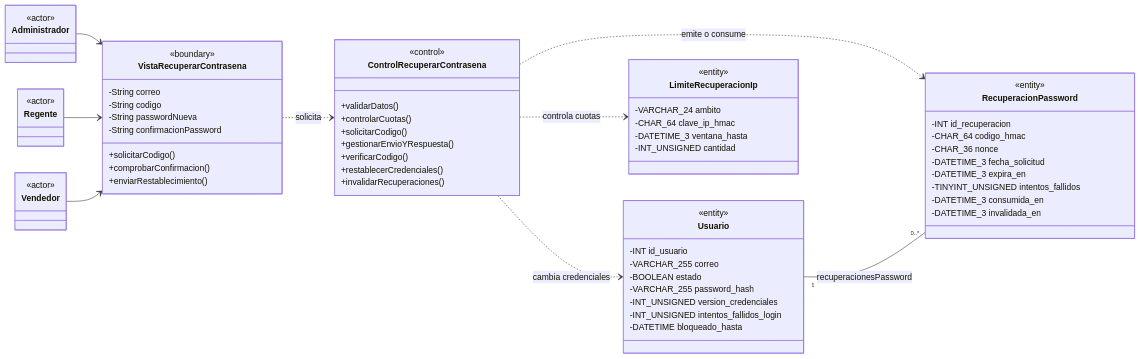
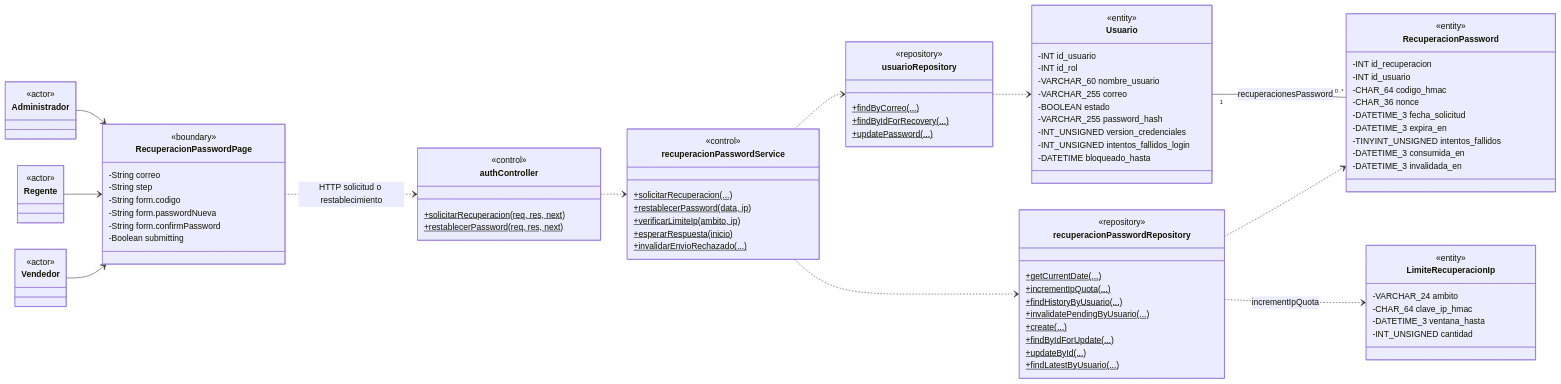
One commit to CreepyBowDev/cadefar-inventory-system changed the tenth of 34 diagrams in docs/ai/analisis-clases-academico.md. Above: the diagram before and after it, drawn with Mermaid. The commit also changed other lines of this file, not shown here.

````diff
--- a/docs/ai/analisis-clases-academico.md
+++ b/docs/ai/analisis-clases-academico.md
@@ -724,29 +1017,50 @@
     class Administrador { <<actor>> }
     class Regente { <<actor>> }
     class Vendedor { <<actor>> }
-    class VistaRecuperarContrasena {
+    class RecuperacionPasswordPage {
         <<boundary>>
         -String correo
-        -String codigo
-        -String passwordNueva
-        -String confirmacionPassword
-        +solicitarCodigo()
-        +comprobarConfirmacion()
-        +enviarRestablecimiento()
+        -String step
+        -String form.codigo
+        -String form.passwordNueva
+        -String form.confirmPassword
+        -Boolean submitting
     }
-    class ControlRecuperarContrasena {
+    class authController {
         <<control>>
-        +validarDatos()
-        +controlarCuotas()
-        +solicitarCodigo()
-        +gestionarEnvioYRespuesta()
-        +verificarCodigo()
-        +restablecerCredenciales()
-        +invalidarRecuperaciones()
+        +solicitarRecuperacion(req, res, next)$
+        +restablecerPassword(req, res, next)$
+    }
+    class recuperacionPasswordService {
+        <<control>>
+        +solicitarRecuperacion(...)$
+        +restablecerPassword(data, ip)$
+        +verificarLimiteIp(ambito, ip)$
+        +esperarRespuesta(inicio)$
+        +invalidarEnvioRechazado(...)$
+    }
+    class usuarioRepository {
+        <<repository>>
+        +findByCorreo(...)$
+        +findByIdForRecovery(...)$
+        +updatePassword(...)$
+    }
+    class recuperacionPasswordRepository {
+        <<repository>>
+        +getCurrentDate(...)$
+        +incrementIpQuota(...)$
+        +findHistoryByUsuario(...)$
+        +invalidatePendingByUsuario(...)$
+        +create(...)$
+        +findByIdForUpdate(...)$
+        +updateById(...)$
+        +findLatestByUsuario(...)$
     }
     class Usuario {
         <<entity>>
         -INT id_usuario
+        -INT id_rol
+        -VARCHAR_60 nombre_usuario
         -VARCHAR_255 correo
         -BOOLEAN estado
         -VARCHAR_255 password_hash
@@ -757,6 +1071,7 @@
     class RecuperacionPassword {
         <<entity>>
         -INT id_recuperacion
+        -INT id_usuario
         -CHAR_64 codigo_hmac
         -CHAR_36 nonce
         -DATETIME_3 fecha_solicitud
@@ -772,12 +1087,15 @@
         -DATETIME_3 ventana_hasta
         -INT_UNSIGNED cantidad
     }
-    Administrador --> VistaRecuperarContrasena
-    Regente --> VistaRecuperarContrasena
-    Vendedor --> VistaRecuperarContrasena
-    VistaRecuperarContrasena ..> ControlRecuperarContrasena : solicita
-    ControlRecuperarContrasena ..> Usuario : cambia credenciales
-    ControlRecuperarContrasena ..> RecuperacionPassword : emite o consume
-    ControlRecuperarContrasena ..> LimiteRecuperacionIp : controla cuotas
+    Administrador --> RecuperacionPasswordPage
+    Regente --> RecuperacionPasswordPage
+    Vendedor --> RecuperacionPasswordPage
+    RecuperacionPasswordPage ..> authController : HTTP solicitud o restablecimiento
+    authController ..> recuperacionPasswordService
+    recuperacionPasswordService ..> usuarioRepository
+    recuperacionPasswordService ..> recuperacionPasswordRepository
+    usuarioRepository ..> Usuario
+    recuperacionPasswordRepository ..> RecuperacionPassword
+    recuperacionPasswordRepository ..> LimiteRecuperacionIp : incrementIpQuota
     Usuario "1" -- "0..*" RecuperacionPassword : recuperacionesPassword
 ```
````
